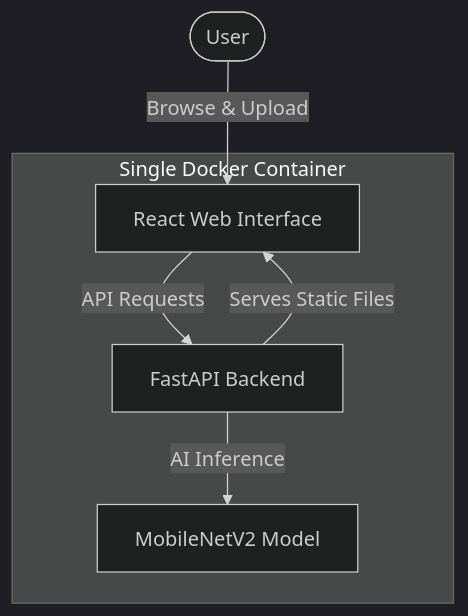
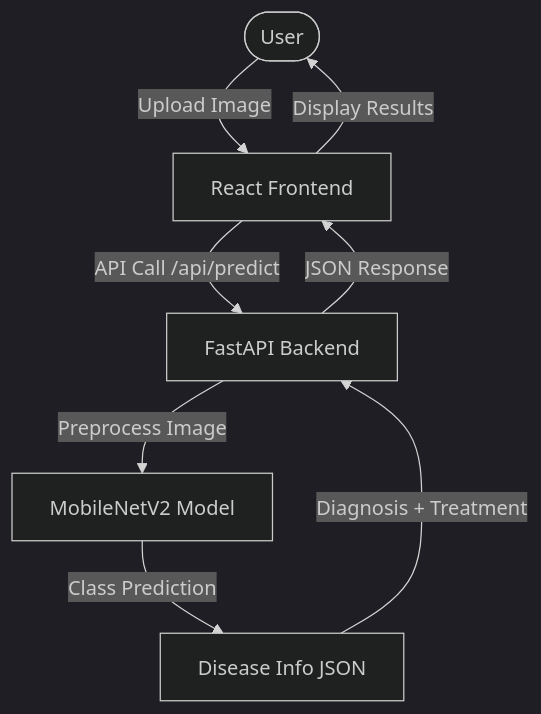
The diagram in README.md (masumbillah21/crop-disease-ai-detector), drawn with Mermaid (dark theme) before and after one commit. The commit also changed other lines of this file, not shown here.

Commit message:
docs: update architecture diagram and folder structure in README.

````diff
--- a/README.md
+++ b/README.md
@@ -40,10 +40,10 @@
 ```mermaid
 graph TD
-    User([User]) -->|Browse & Upload| UI[React Web Interface]
-    UI -->|API Requests| API[FastAPI Backend]
-
-    subgraph "Single Docker Container"
-        API -->|Serves Static Files| UI
-        API -->|AI Inference| Model[MobileNetV2 Model]
-    end
+    User([User]) -->|Upload Image| React[React Frontend]
+    React -->|API Call /api/predict| FastAPI[FastAPI Backend]
+    FastAPI -->|Preprocess Image| Model[MobileNetV2 Model]
+    Model -->|Class Prediction| DiseaseDB[Disease Info JSON]
+    DiseaseDB -->|Diagnosis + Treatment| FastAPI
+    FastAPI -->|JSON Response| React
+    React -->|Display Results| User
 ```
````
